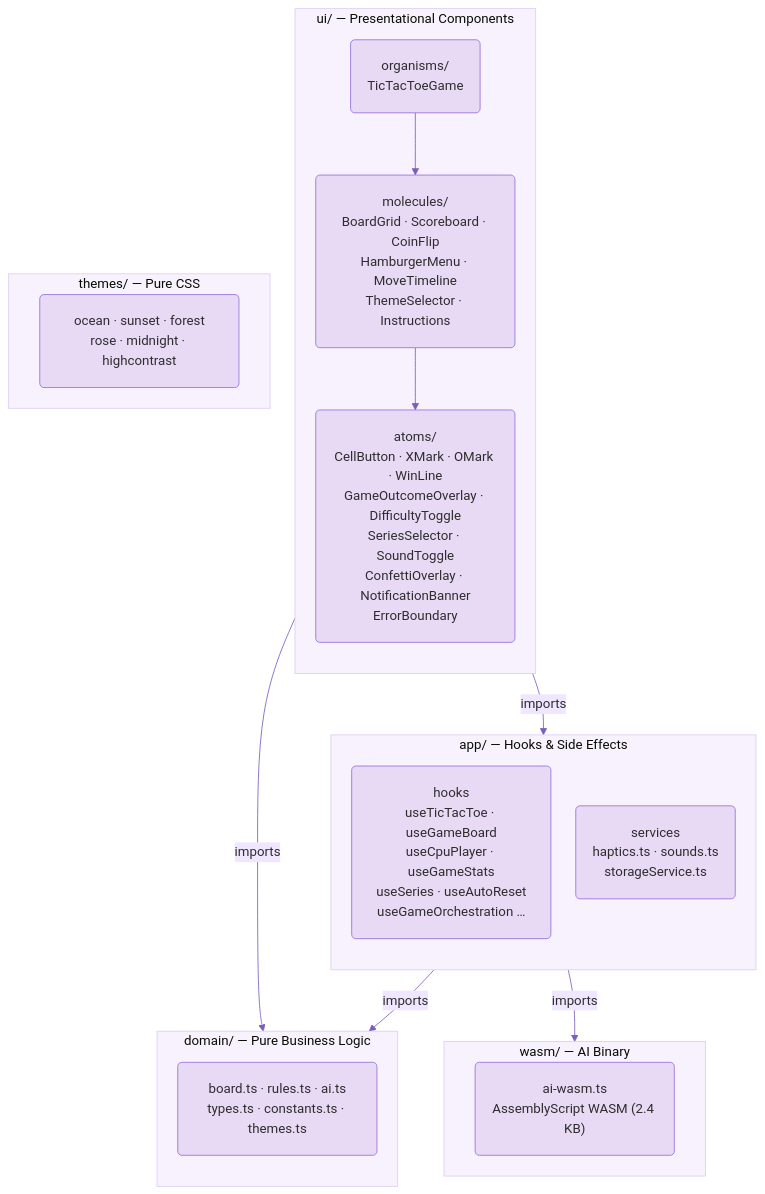
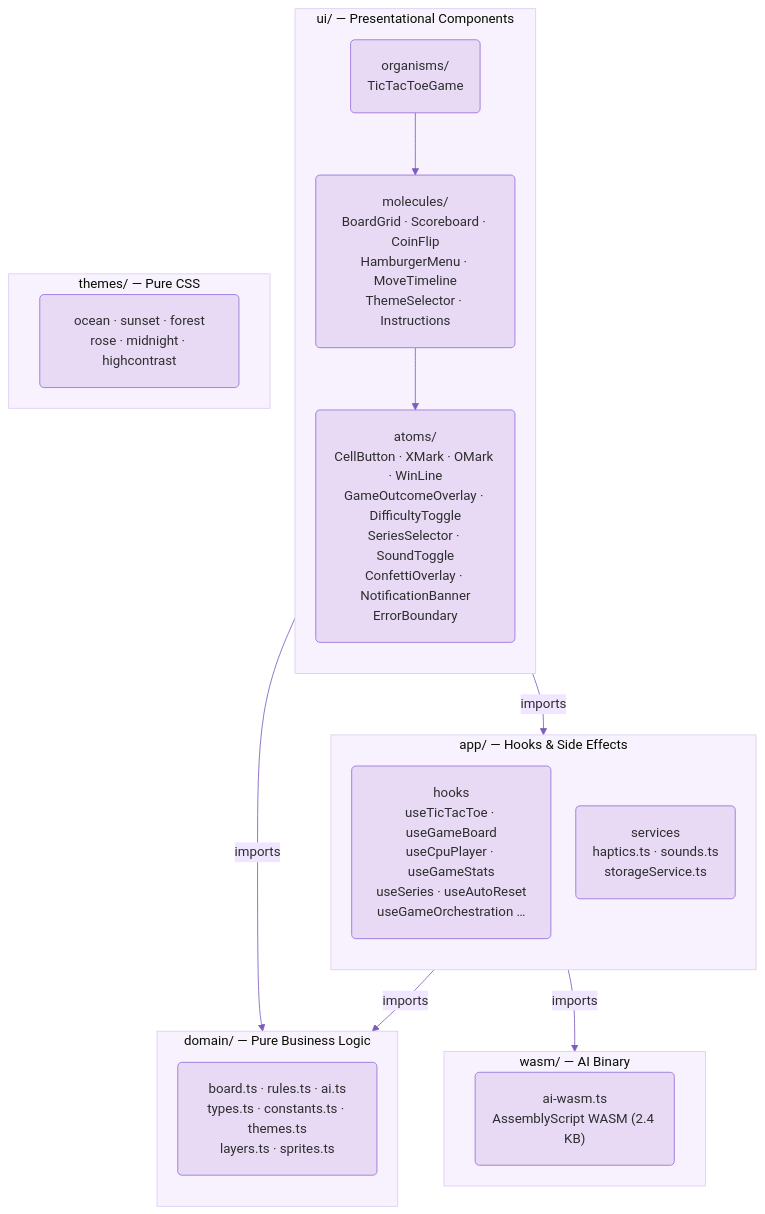
The first of 9 diagrams in README.md (scottdreinhart/tictactoe), drawn with Mermaid before and after one commit. The commit also changed other lines of this file, not shown here.

Commit message:
docs: add layers.ts and sprites.ts to project structure and architecture diagram

````diff
--- a/README.md
+++ b/README.md
@@ -375,35 +377,35 @@
 ```mermaid
 %%{init: {'theme': 'base', 'themeVariables': {'primaryColor': '#e8daf5', 'primaryTextColor': '#2d2d2d', 'primaryBorderColor': '#9370DB', 'lineColor': '#7c5cbf', 'secondaryColor': '#f0e6ff', 'tertiaryColor': '#f8f2ff', 'fontFamily': 'system-ui'}, 'flowchart': {'nodeSpacing': 30, 'rankSpacing': 50, 'padding': 20, 'htmlLabels': true}}}%%
 graph TD
   subgraph UI["ui/ — Presentational Components"]
     direction TB
     organisms("organisms/<br/>TicTacToeGame")
     molecules("molecules/<br/>BoardGrid · Scoreboard · CoinFlip<br/>HamburgerMenu · MoveTimeline<br/>ThemeSelector · Instructions")
     atoms("atoms/<br/>CellButton · XMark · OMark · WinLine<br/>GameOutcomeOverlay · DifficultyToggle<br/>SeriesSelector · SoundToggle<br/>ConfettiOverlay · NotificationBanner<br/>ErrorBoundary")
     organisms --> molecules --> atoms
   end
 
   subgraph APP["app/ — Hooks & Side Effects"]
     direction TB
     hooks("hooks<br/>useTicTacToe · useGameBoard<br/>useCpuPlayer · useGameStats<br/>useSeries · useAutoReset<br/>useGameOrchestration …")
     services("services<br/>haptics.ts · sounds.ts<br/>storageService.ts")
   end
 
   subgraph DOMAIN["domain/ — Pure Business Logic"]
     direction TB
-    core("board.ts · rules.ts · ai.ts<br/>types.ts · constants.ts · themes.ts")
+    core("board.ts · rules.ts · ai.ts<br/>types.ts · constants.ts · themes.ts<br/>layers.ts · sprites.ts")
   end
 
   subgraph WASM["wasm/ — AI Binary"]
     wasmbin("ai-wasm.ts<br/>AssemblyScript WASM (2.4 KB)")
   end
 
   subgraph THEMES["themes/ — Pure CSS"]
     css("ocean · sunset · forest<br/>rose · midnight · highcontrast")
   end
 
   UI -->|imports| APP
   UI -->|imports| DOMAIN
   APP -->|imports| DOMAIN
   APP -->|imports| WASM
 ```
````
